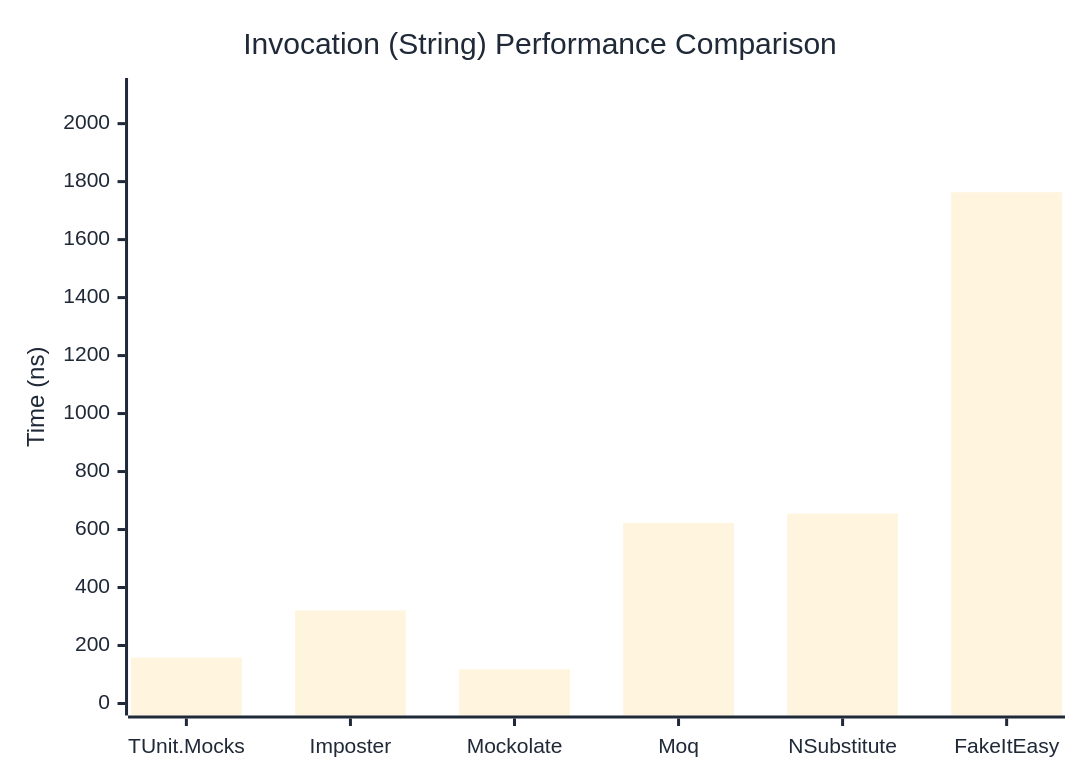
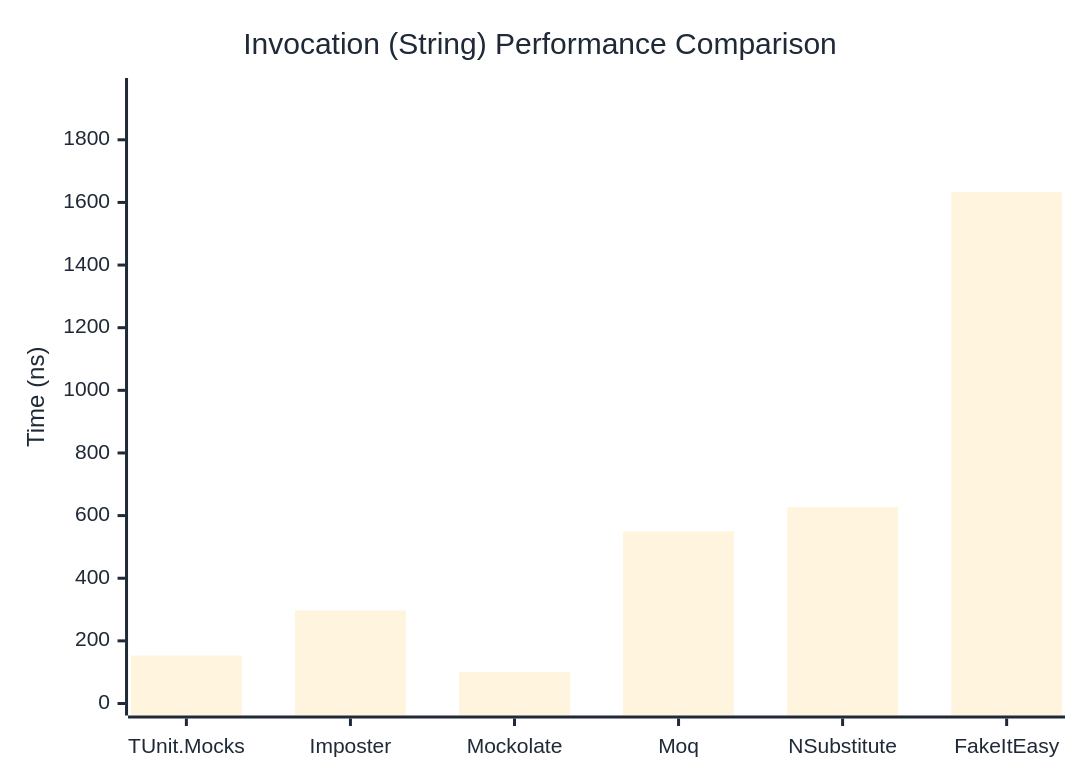
Before and after one commit to weiyilai/TUnit: the second of 3 diagrams in docs/docs/benchmarks/mocks/Invocation.md, drawn with Mermaid. The commit also changed other lines of this file and 14 other files, not shown here.

````diff
--- a/docs/docs/benchmarks/mocks/Invocation.md
+++ b/docs/docs/benchmarks/mocks/Invocation.md
@@ -69,27 +69,27 @@
 ```mermaid
 %%{init: {
   'theme':'base',
   'themeVariables': {
     'primaryColor': '#2563eb',
     'primaryTextColor': '#1f2937',
     'primaryBorderColor': '#1e40af',
     'lineColor': '#6b7280',
     'secondaryColor': '#7c3aed',
     'tertiaryColor': '#dc2626',
     'background': '#ffffff',
     'pie1': '#2563eb',
     'pie2': '#7c3aed',
     'pie3': '#dc2626',
     'pie4': '#f59e0b',
     'pie5': '#10b981',
     'pie6': '#06b6d4',
     'pie7': '#ec4899',
     'pie8': '#6366f1'
   }
 }}%%
 xychart-beta
   title "Invocation (String) Performance Comparison"
   x-axis ["TUnit.Mocks", "Imposter", "Mockolate", "Moq", "NSubstitute", "FakeItEasy"]
-  y-axis "Time (ns)" 0 --> 2116
-  bar [158.2, 320.8, 117.6, 622.5, 654.8, 1763.2]
+  y-axis "Time (ns)" 0 --> 1959
+  bar [153.1, 297.2, 100.4, 549.4, 626.9, 1632.4]
 ```
````
